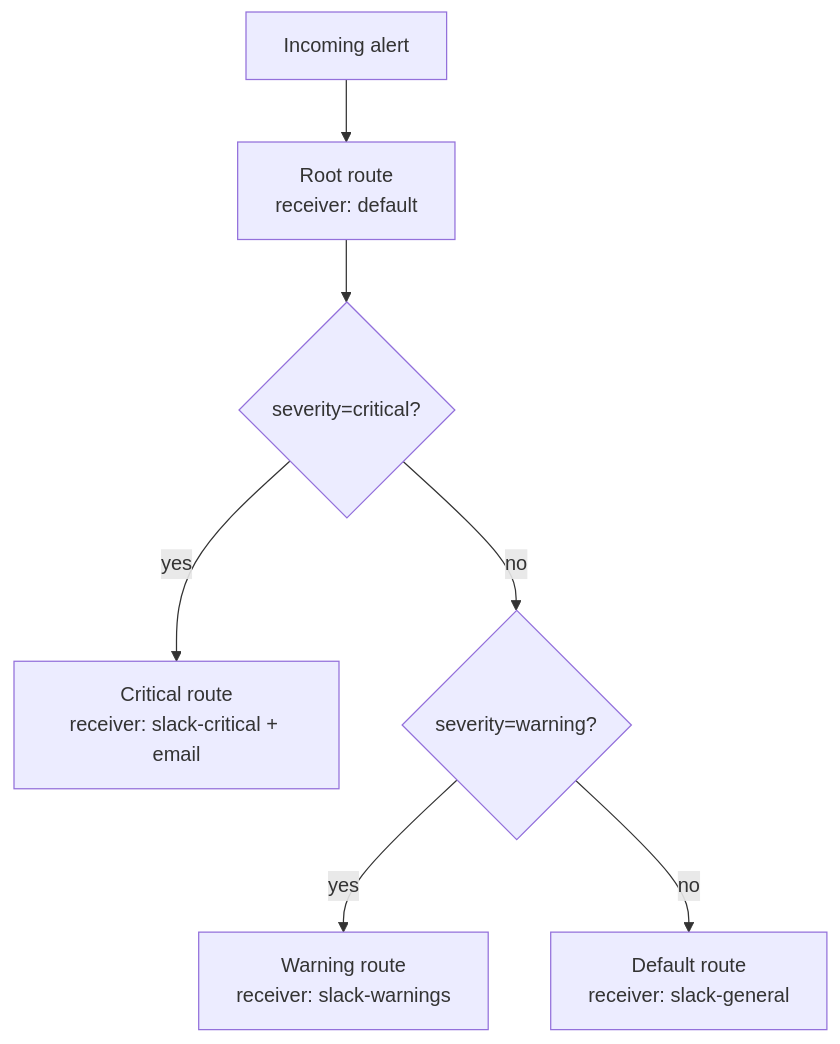
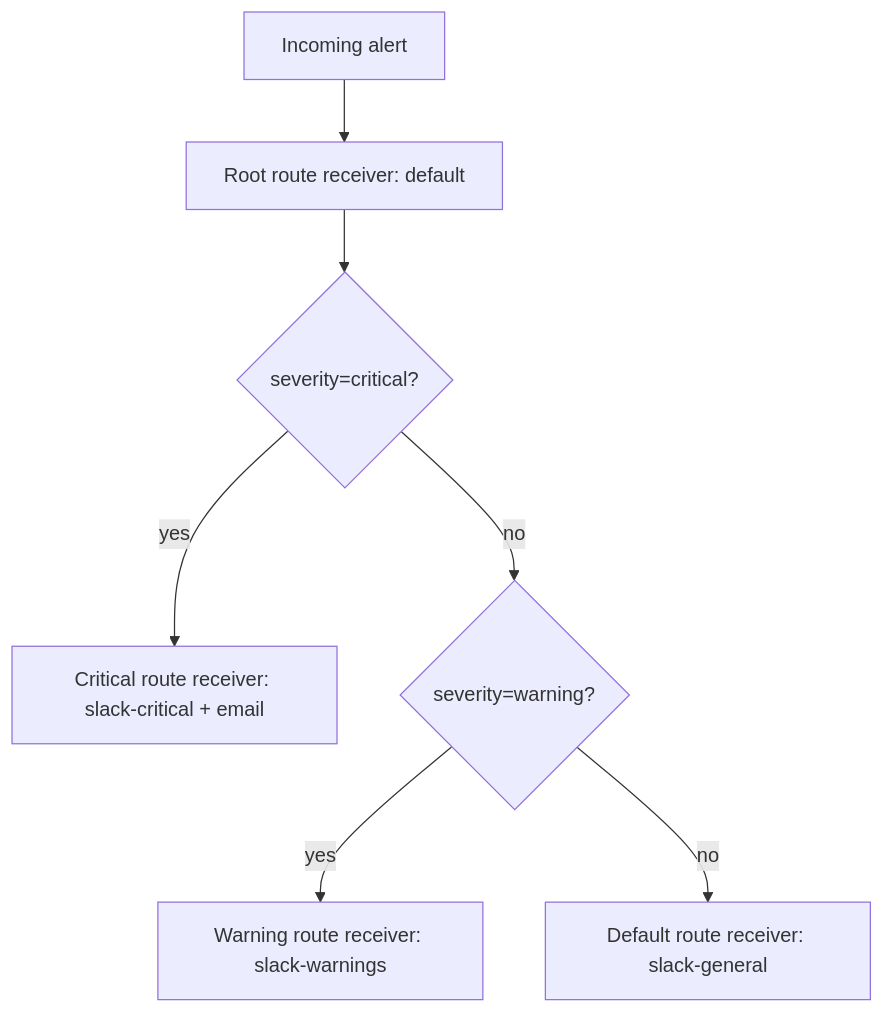
The second of 2 diagrams in 10_monitoring/03_alerting.md (UncleJS/course_k3s), drawn with Mermaid before and after one commit. The commit also changed 57 other files, not shown here.

````diff
--- a/10_monitoring/03_alerting.md
+++ b/10_monitoring/03_alerting.md
@@ -212,9 +212,9 @@
 ```mermaid
 flowchart TD
-    IN[Incoming alert] --> ROOT[Root route\nreceiver: default]
+    IN[Incoming alert] --> ROOT[Root route receiver: default]
     ROOT --> R1{severity=critical?}
-    R1 -->|yes| C[Critical route\nreceiver: slack-critical + email]
+    R1 -->|yes| C[Critical route receiver: slack-critical + email]
     R1 -->|no| R2{severity=warning?}
-    R2 -->|yes| W[Warning route\nreceiver: slack-warnings]
-    R2 -->|no| D[Default route\nreceiver: slack-general]
+    R2 -->|yes| W[Warning route receiver: slack-warnings]
+    R2 -->|no| D[Default route receiver: slack-general]
 ```
````
